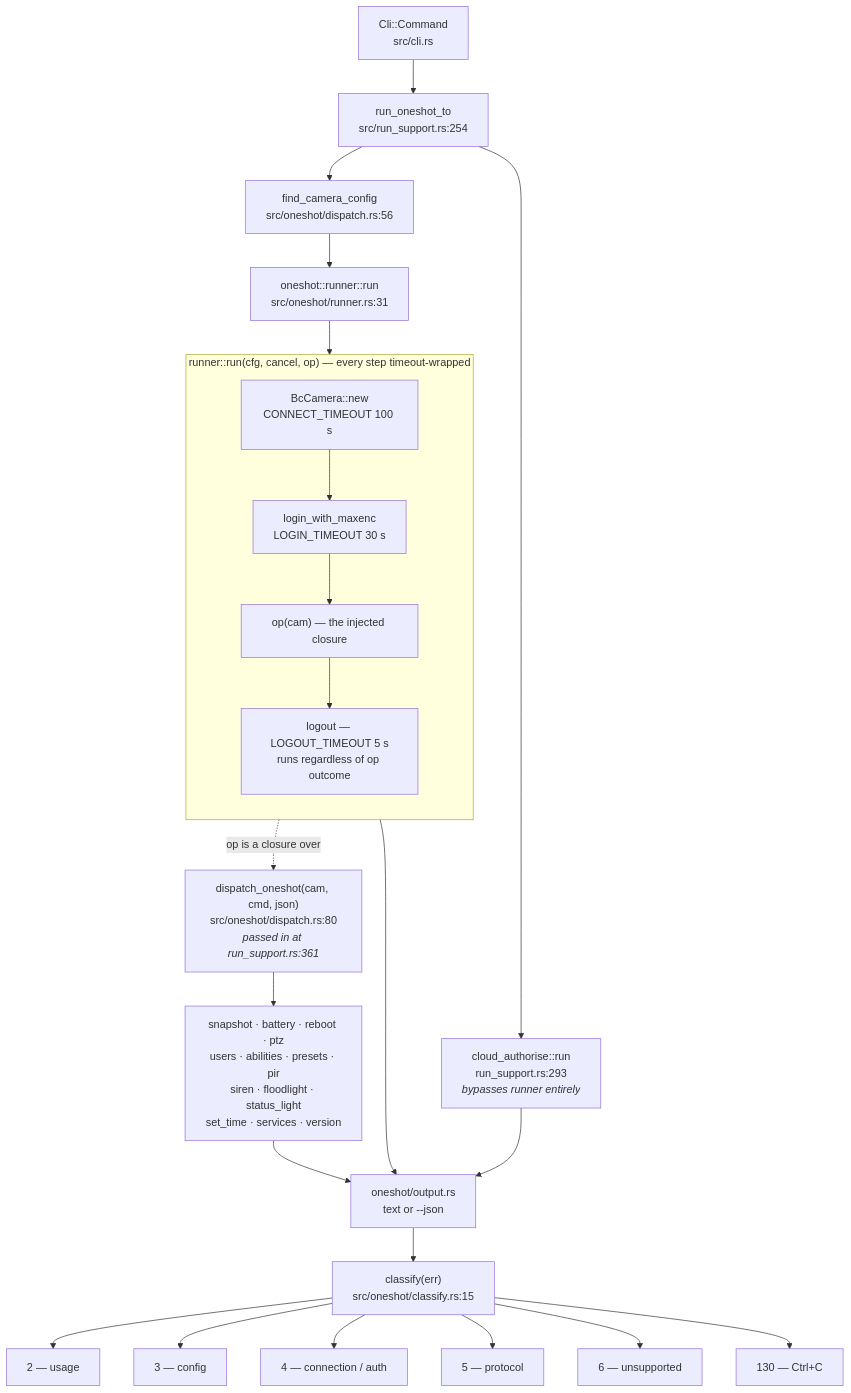
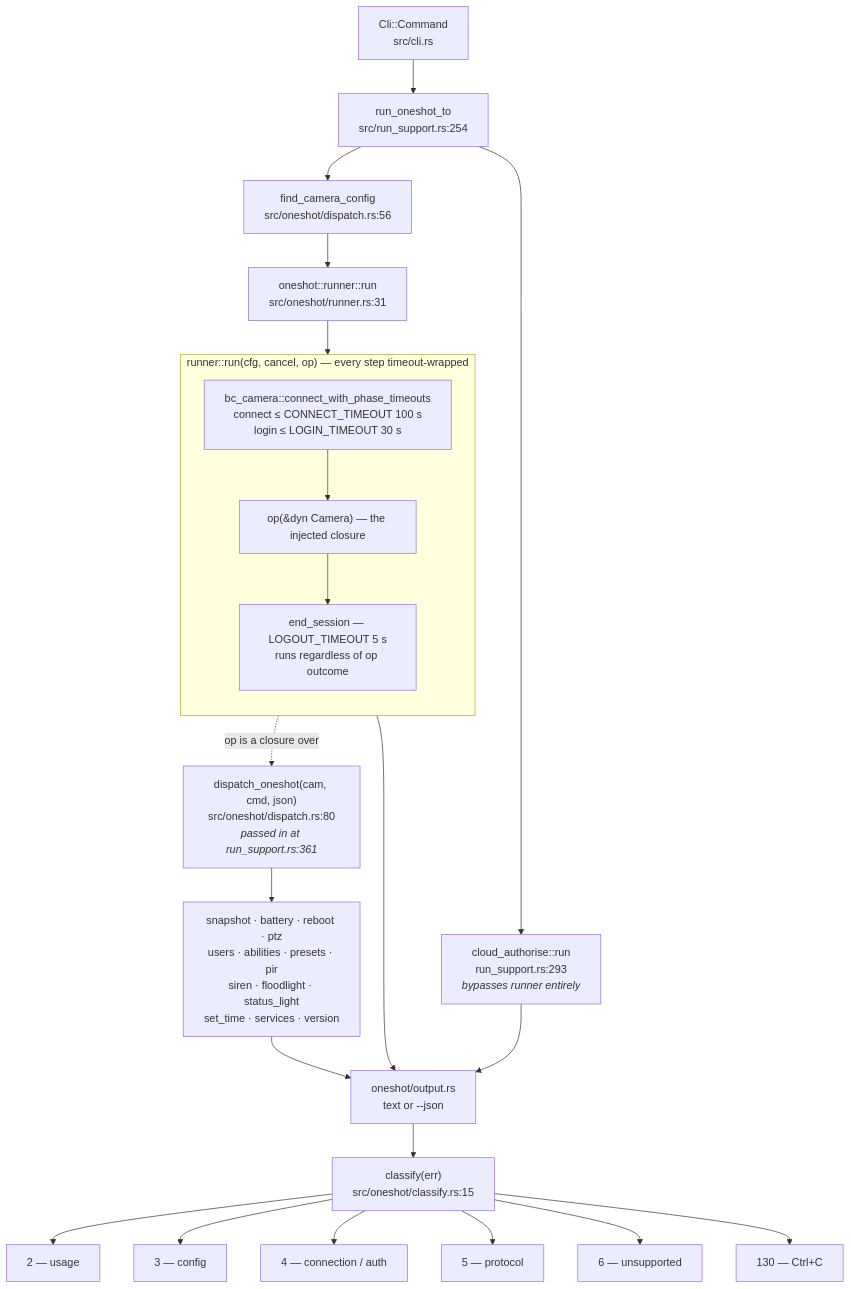
Before and after one commit to hsoj/bairelay: diagram 11 of 14 in docs/code-paths.md, drawn with Mermaid. The commit also changed 5 other files, not shown here.

````diff
--- a/docs/code-paths.md
+++ b/docs/code-paths.md
@@ -573,35 +573,34 @@
 ```mermaid
 flowchart TD
     CLI["Cli::Command<br/>src/cli.rs"] --> RO["run_oneshot_to<br/>src/run_support.rs:254"]
     RO --> FC["find_camera_config<br/>src/oneshot/dispatch.rs:56"]
     FC --> RUN["oneshot::runner::run<br/>src/oneshot/runner.rs:31"]
 
     subgraph RUNNER ["runner::run(cfg, cancel, op) — every step timeout-wrapped"]
         direction TB
-        R1["BcCamera::new<br/>CONNECT_TIMEOUT 100 s"]
-        R2["login_with_maxenc<br/>LOGIN_TIMEOUT 30 s"]
-        R3["op(cam) — the injected closure"]
-        R4["logout — LOGOUT_TIMEOUT 5 s<br/>runs regardless of op outcome"]
-        R1 --> R2 --> R3 --> R4
+        R1["bc_camera::connect_with_phase_timeouts<br/>connect ≤ CONNECT_TIMEOUT 100 s<br/>login ≤ LOGIN_TIMEOUT 30 s"]
+        R3["op(&dyn Camera) — the injected closure"]
+        R4["end_session — LOGOUT_TIMEOUT 5 s<br/>runs regardless of op outcome"]
+        R1 --> R3 --> R4
     end
 
     RUN --> R1
     R3 -.->|"op is a closure over"| DISP["dispatch_oneshot(cam, cmd, json)<br/>src/oneshot/dispatch.rs:80<br/><i>passed in at run_support.rs:361</i>"]
 
     DISP --> OPS["snapshot · battery · reboot · ptz<br/>users · abilities · presets · pir<br/>siren · floodlight · status_light<br/>set_time · services · version"]
 
     CLOUD["cloud_authorise::run<br/>run_support.rs:293<br/><i>bypasses runner entirely</i>"]
     RO --> CLOUD
 
     R4 --> OUT["oneshot/output.rs<br/>text or --json"]
     OPS --> OUT
     CLOUD --> OUT
     OUT --> CLS["classify(err)<br/>src/oneshot/classify.rs:15"]
 
     CLS --> E2["2 — usage"]
     CLS --> E3["3 — config"]
     CLS --> E4["4 — connection / auth"]
     CLS --> E5["5 — protocol"]
     CLS --> E6["6 — unsupported"]
     CLS --> E130["130 — Ctrl+C"]
 ```
````
